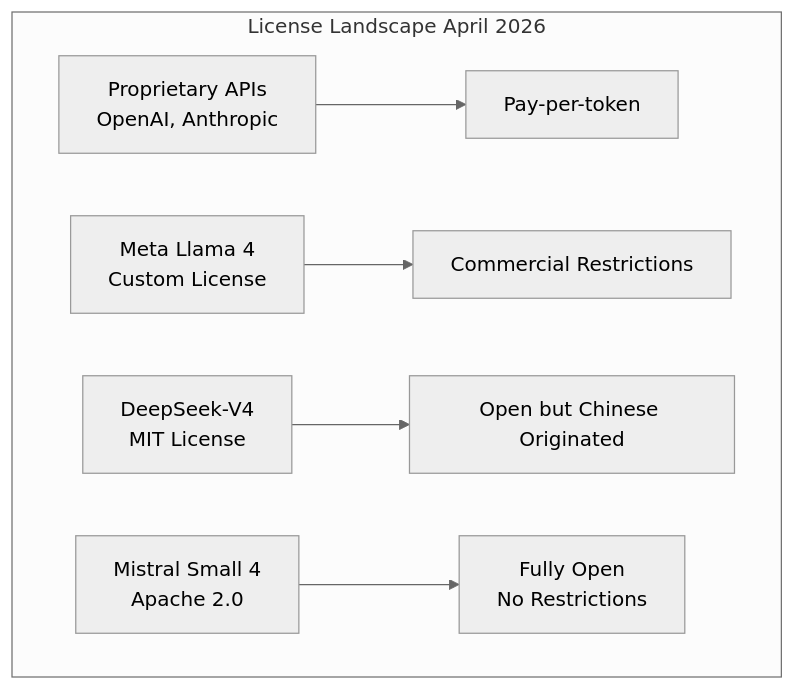
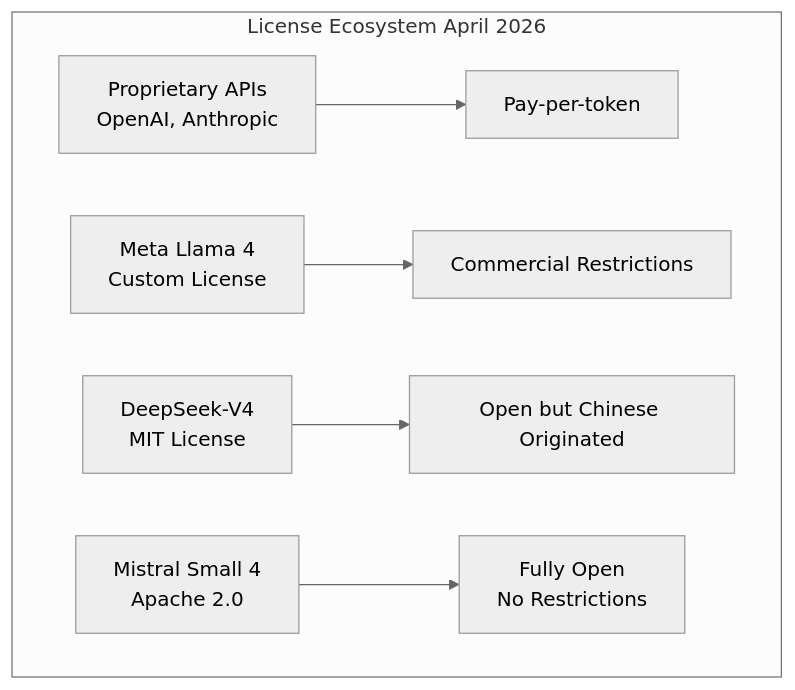
Before and after one commit to vesviet/vesviet: the third of 3 diagrams in content/radar/2026-04/radar-2026-04-27-mistral-small.md, drawn with Mermaid (neutral theme). The commit also changed other lines of this file and 21 other files, not shown here.

````diff
--- a/content/radar/2026-04/radar-2026-04-27-mistral-small.md
+++ b/content/radar/2026-04/radar-2026-04-27-mistral-small.md
@@ -95,9 +98,9 @@
 ```mermaid
 flowchart TD
-    subgraph "License Landscape April 2026"
+    subgraph "License Ecosystem April 2026"
         PROP["Proprietary APIs<br/>OpenAI, Anthropic"] --> PAY[Pay-per-token]
         LLAMA["Meta Llama 4<br/>Custom License"] --> RESTRICT[Commercial Restrictions]
         DEEP["DeepSeek-V4<br/>MIT License"] --> OPEN1[Open but Chinese Originated]
         MISTRAL["Mistral Small 4<br/>Apache 2.0"] --> OPEN2["Fully Open<br/>No Restrictions"]
     end
 ```
````
